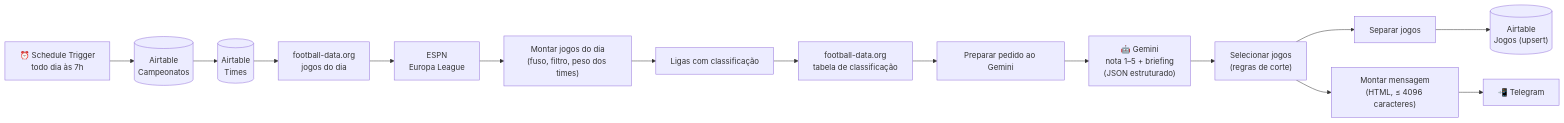
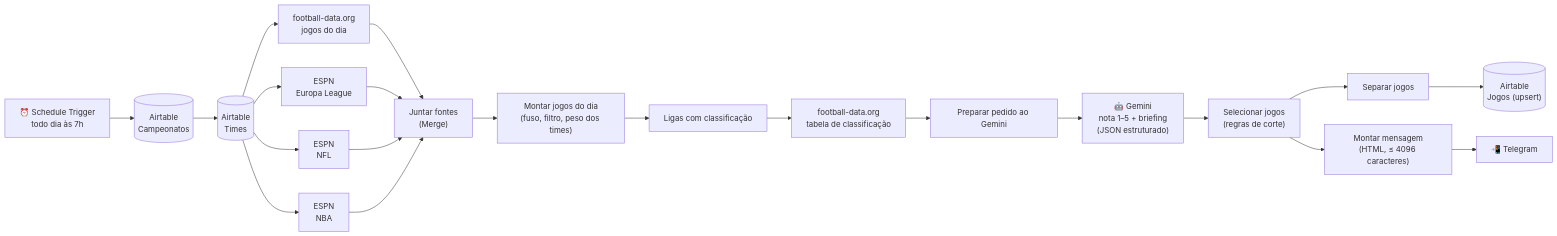
One commit to bernard-014/pauta-de-jogos changed the diagram in README.md. Above: the diagram before and after it, drawn with Mermaid. The commit also changed other lines of this file and 10 other files, not shown here.

First line of the commit message:
Adiciona NFL e NBA à pauta e junta tudo numa mensagem só

````diff
--- a/README.md
+++ b/README.md
@@ -36,15 +50,21 @@
 ```mermaid
 flowchart LR
     T["⏰ Schedule Trigger<br/>todo dia às 7h"] --> C[("Airtable<br/>Campeonatos")]
     C --> TM[("Airtable<br/>Times")]
     TM --> FD["football-data.org<br/>jogos do dia"]
-    FD --> ES["ESPN<br/>Europa League"]
-    ES --> MJ["Montar jogos do dia<br/>(fuso, filtro, peso dos times)"]
+    TM --> ES["ESPN<br/>Europa League"]
+    TM --> NF["ESPN<br/>NFL"]
+    TM --> NB["ESPN<br/>NBA"]
+    FD --> JF["Juntar fontes<br/>(Merge)"]
+    ES --> JF
+    NF --> JF
+    NB --> JF
+    JF --> MJ["Montar jogos do dia<br/>(fuso, filtro, peso dos times)"]
     MJ --> LC["Ligas com classificação"]
     LC --> CL["football-data.org<br/>tabela de classificação"]
     CL --> PG["Preparar pedido ao Gemini"]
     PG --> G["🤖 Gemini<br/>nota 1–5 + briefing<br/>(JSON estruturado)"]
     G --> SJ["Selecionar jogos<br/>(regras de corte)"]
     SJ --> SA["Separar jogos"] --> AT[("Airtable<br/>Jogos (upsert)")]
     SJ --> MM["Montar mensagem<br/>(HTML, ≤ 4096 caracteres)"] --> TG["📲 Telegram"]
 ```
````
